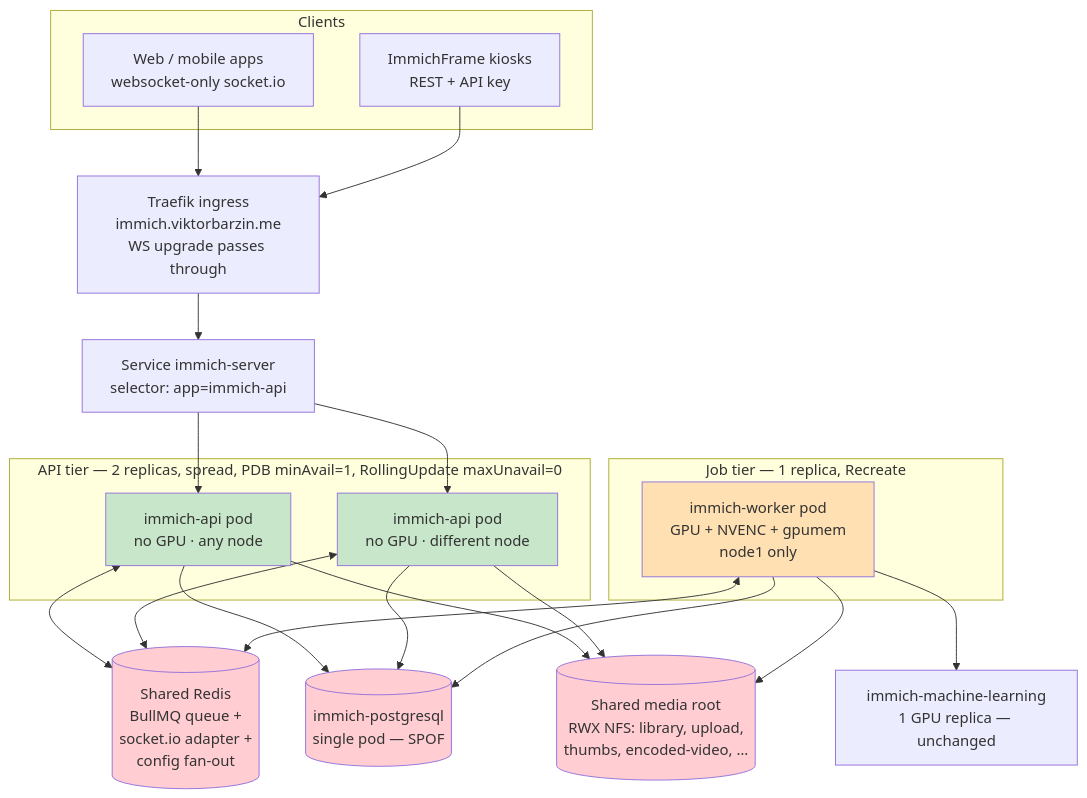
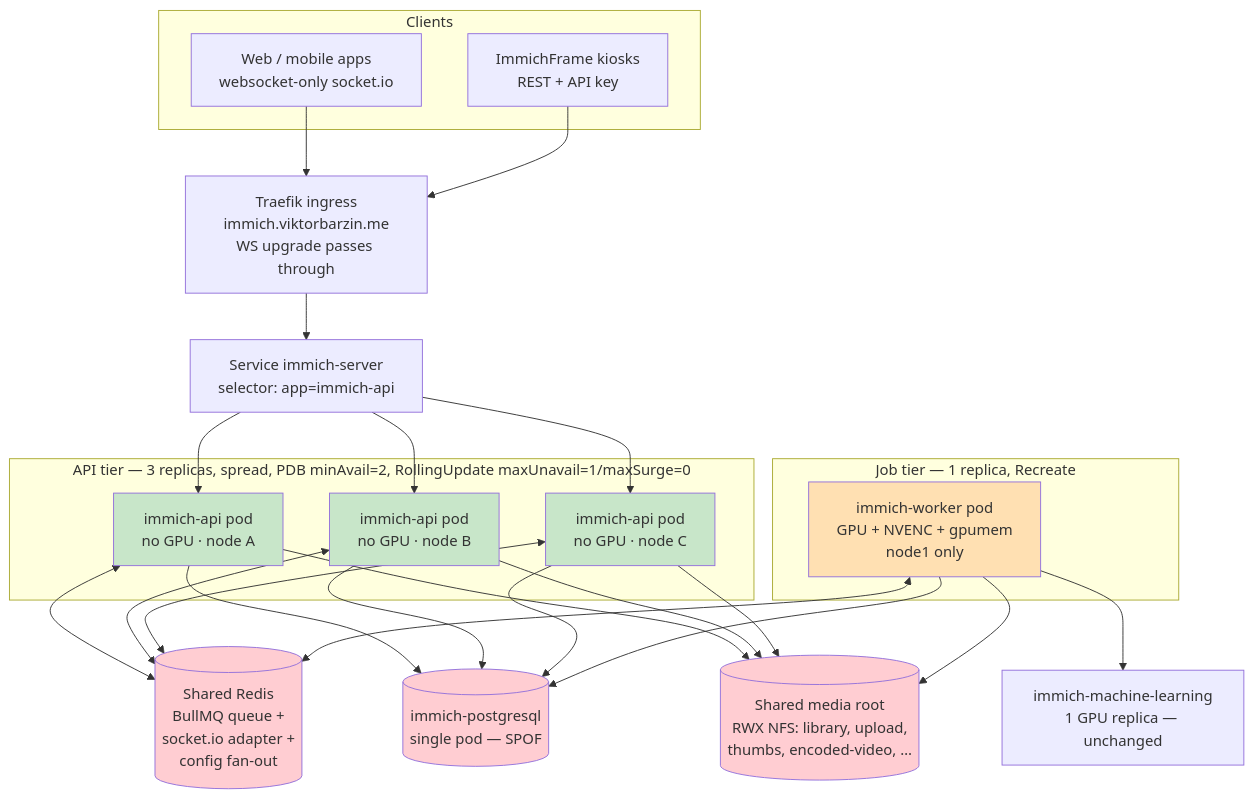
One commit to ViktorBarzin/infra changed the first of 2 diagrams in docs/plans/2026-07-12-immich-horizontal-scaling-design.md. Above: the diagram before and after it, drawn with Mermaid. The commit also changed other lines of this file, not shown here.

First line of the commit message:
docs: Immich scaling design — 3 api replicas + zero-disruption rollout

````diff
--- a/docs/plans/2026-07-12-immich-horizontal-scaling-design.md
+++ b/docs/plans/2026-07-12-immich-horizontal-scaling-design.md
@@ -117,42 +117,44 @@
 ```mermaid
 flowchart TB
     subgraph clients[Clients]
       WEB[Web / mobile apps<br/>websocket-only socket.io]
       FRAMES[ImmichFrame kiosks<br/>REST + API key]
     end
 
     WEB --> TR[Traefik ingress<br/>immich.viktorbarzin.me<br/>WS upgrade passes through]
     FRAMES --> TR
 
     TR --> SVC[Service immich-server<br/>selector: app=immich-api]
 
-    subgraph api[API tier — 2 replicas, spread, PDB minAvail=1, RollingUpdate maxUnavail=0]
-      API1[immich-api pod<br/>no GPU · any node]
-      API2[immich-api pod<br/>no GPU · different node]
+    subgraph api[API tier — 3 replicas, spread, PDB minAvail=2, RollingUpdate maxUnavail=1/maxSurge=0]
+      API1[immich-api pod<br/>no GPU · node A]
+      API2[immich-api pod<br/>no GPU · node B]
+      API3[immich-api pod<br/>no GPU · node C]
     end
-    SVC --> API1 & API2
+    SVC --> API1 & API2 & API3
 
     subgraph jobs[Job tier — 1 replica, Recreate]
       WRK[immich-worker pod<br/>GPU + NVENC + gpumem<br/>node1 only]
     end
 
     REDIS[(Shared Redis<br/>BullMQ queue +<br/>socket.io adapter +<br/>config fan-out)]
     PG[(immich-postgresql<br/>single pod — SPOF)]
     NFS[(Shared media root<br/>RWX NFS: library, upload,<br/>thumbs, encoded-video, …)]
     ML[immich-machine-learning<br/>1 GPU replica — unchanged]
 
-    API1 & API2 <--> REDIS
+    API1 & API2 & API3 <--> REDIS
     WRK <--> REDIS
-    API1 & API2 --> PG
+    API1 & API2 & API3 --> PG
     WRK --> PG
-    API1 & API2 --> NFS
+    API1 & API2 & API3 --> NFS
     WRK --> NFS
     WRK --> ML
 
     style API1 fill:#c8e6c9
     style API2 fill:#c8e6c9
+    style API3 fill:#c8e6c9
     style WRK fill:#ffe0b2
     style PG fill:#ffcdd2
     style REDIS fill:#ffcdd2
     style NFS fill:#ffcdd2
 ```
````
